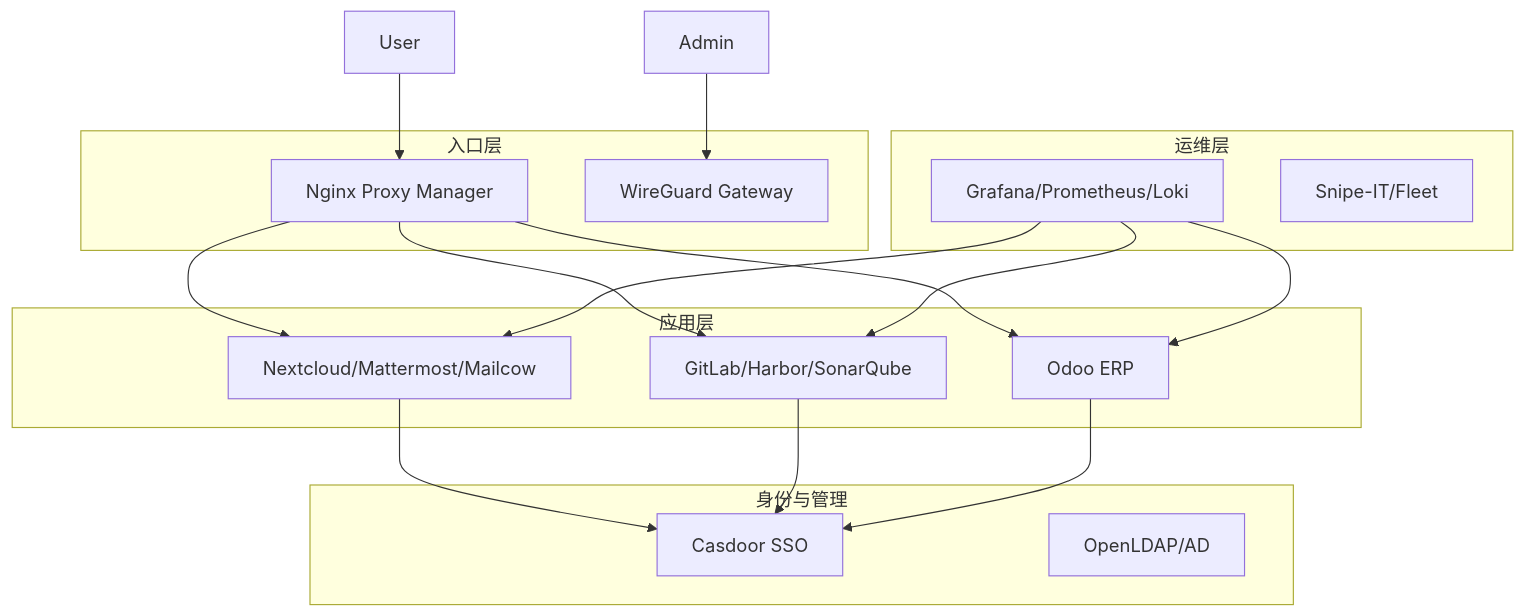
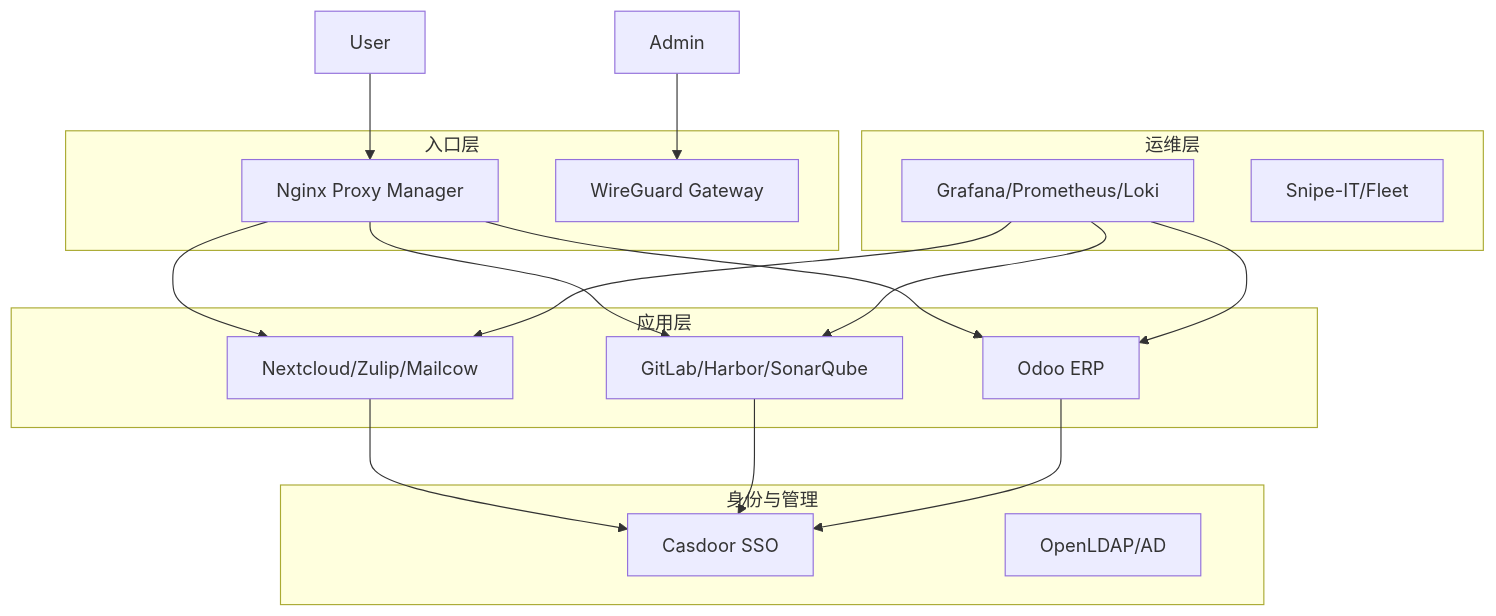
The diagram in docs/01-core-design/oss-software-stack.md (stars-labs/full-it-infra-design-docs), drawn with Mermaid before and after one commit. The commit also changed other lines of this file, not shown here.

Commit message:
docs: 更新即时通讯推荐方案为Zulip
将IM首选方案从Mattermost更新为Zulip

选型理由：话题(thread)式架构天然适合AI总结，24.4K Stars，异步讨论模式更适合知识沉淀

````diff
--- a/docs/01-core-design/oss-software-stack.md
+++ b/docs/01-core-design/oss-software-stack.md
@@ -60,37 +60,37 @@
 ```mermaid
 graph TD
     subgraph "入口层"
         NPM[Nginx Proxy Manager]
         VPN[WireGuard Gateway]
     end
 
     subgraph "身份与管理"
         SSO[Casdoor SSO]
         LDAP[OpenLDAP/AD]
     end
 
     subgraph "应用层"
-        Office[Nextcloud/Mattermost/Mailcow]
+        Office[Nextcloud/Zulip/Mailcow]
         DevOps[GitLab/Harbor/SonarQube]
         Biz[Odoo ERP]
     end
 
     subgraph "运维层"
         Monitor[Grafana/Prometheus/Loki]
         Asset[Snipe-IT/Fleet]
     end
 
     User --> NPM
     Admin --> VPN
     NPM --> Office
     NPM --> DevOps
     NPM --> Biz
     
     Office --> SSO
     DevOps --> SSO
     Biz --> SSO
     
     Monitor --> Office
     Monitor --> DevOps
     Monitor --> Biz
 ```
````
